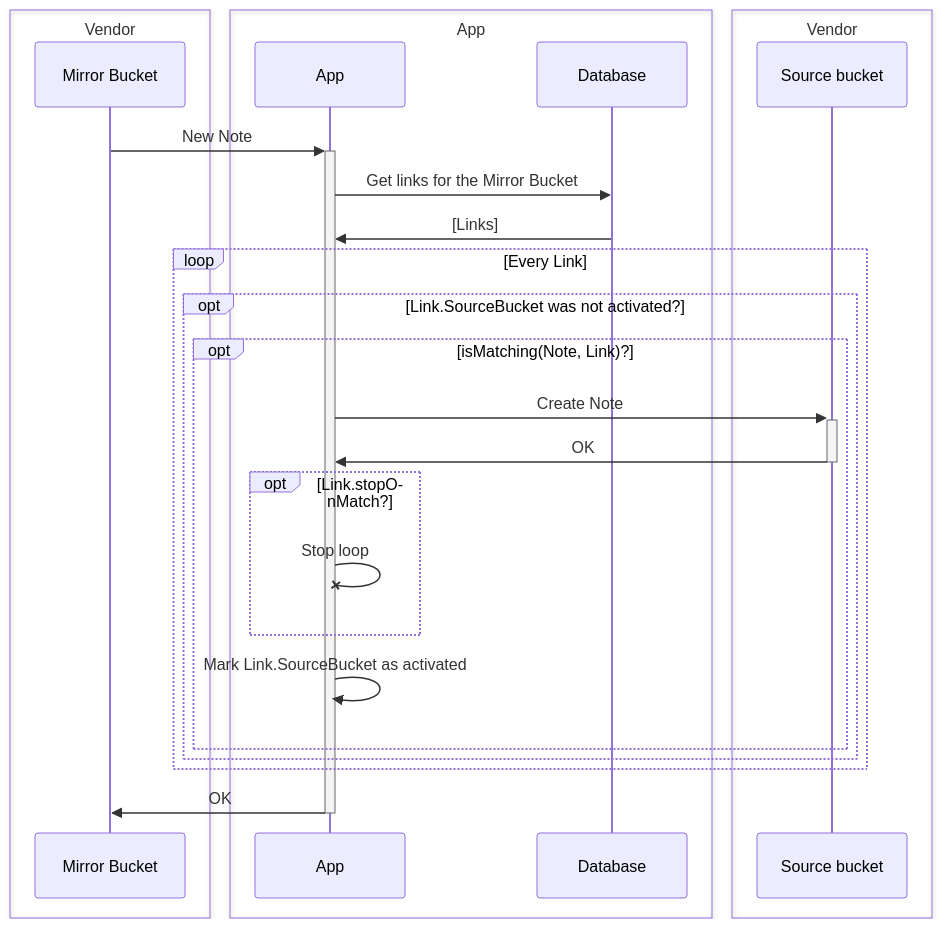
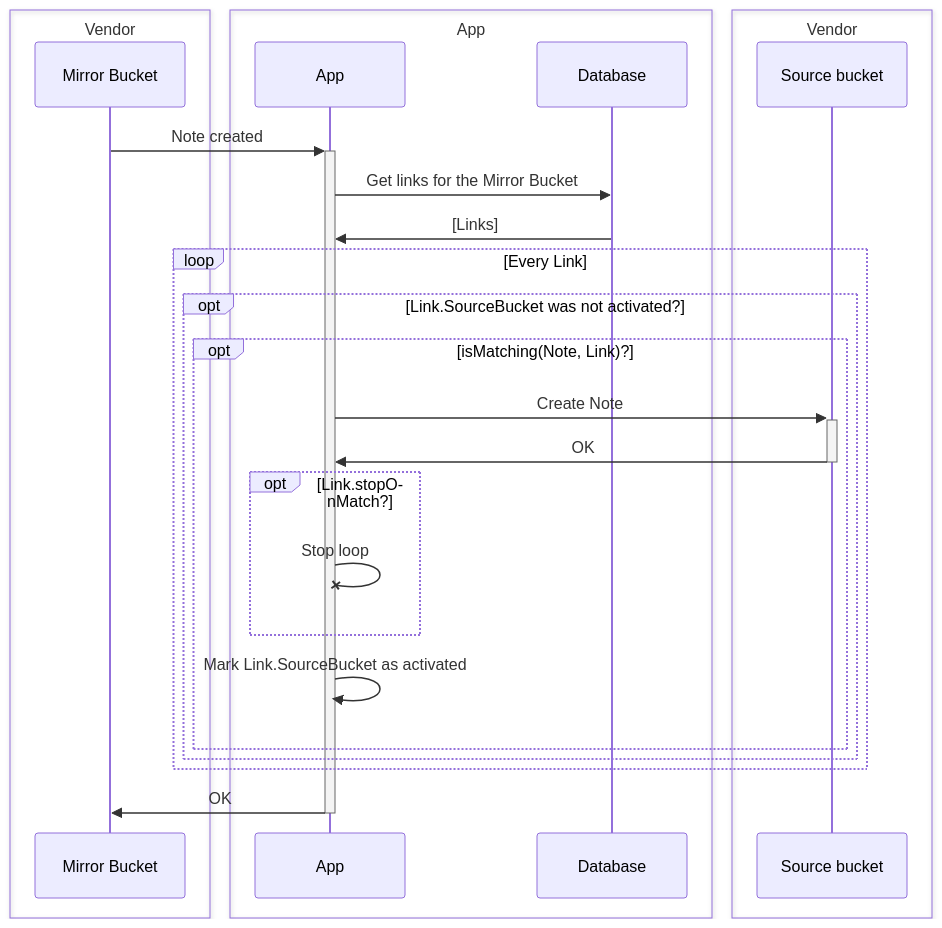
One commit to vitaly-rudenko/mind-sweep changed the first of 2 diagrams in server/docs/handle-mirror-note-created.md. Above: the diagram before and after it, drawn with Mermaid. The commit also changed 1 other file, not shown here.

Commit message:
Added diagram for deleted note handling

````diff
--- a/server/docs/handle-mirror-note-created.md
+++ b/server/docs/handle-mirror-note-created.md
@@ -5,36 +5,37 @@
 ```mermaid
 sequenceDiagram
 
 box Vendor
 participant mirror as Mirror Bucket
 end
 
 box App
 participant app as App
 participant db as Database
 end
 
 box Vendor
 participant source as Source bucket
 end
 
-mirror ->>+ app: New Note
+mirror ->>+ app: Note created
 app ->> db: Get links for the Mirror Bucket
 db ->> app: [Links]
 
 loop Every Link
   opt Link.SourceBucket was not activated?
     opt isMatching(Note, Link)?
       app ->>+ source: Create Note
       source ->>- app: OK
   
       opt Link.stopOnMatch?
         app -x app: Stop loop
       end
       
       app ->> app: Mark Link.SourceBucket as activated
     end
   end
 end
+
 app ->>- mirror: OK
 ```
````
